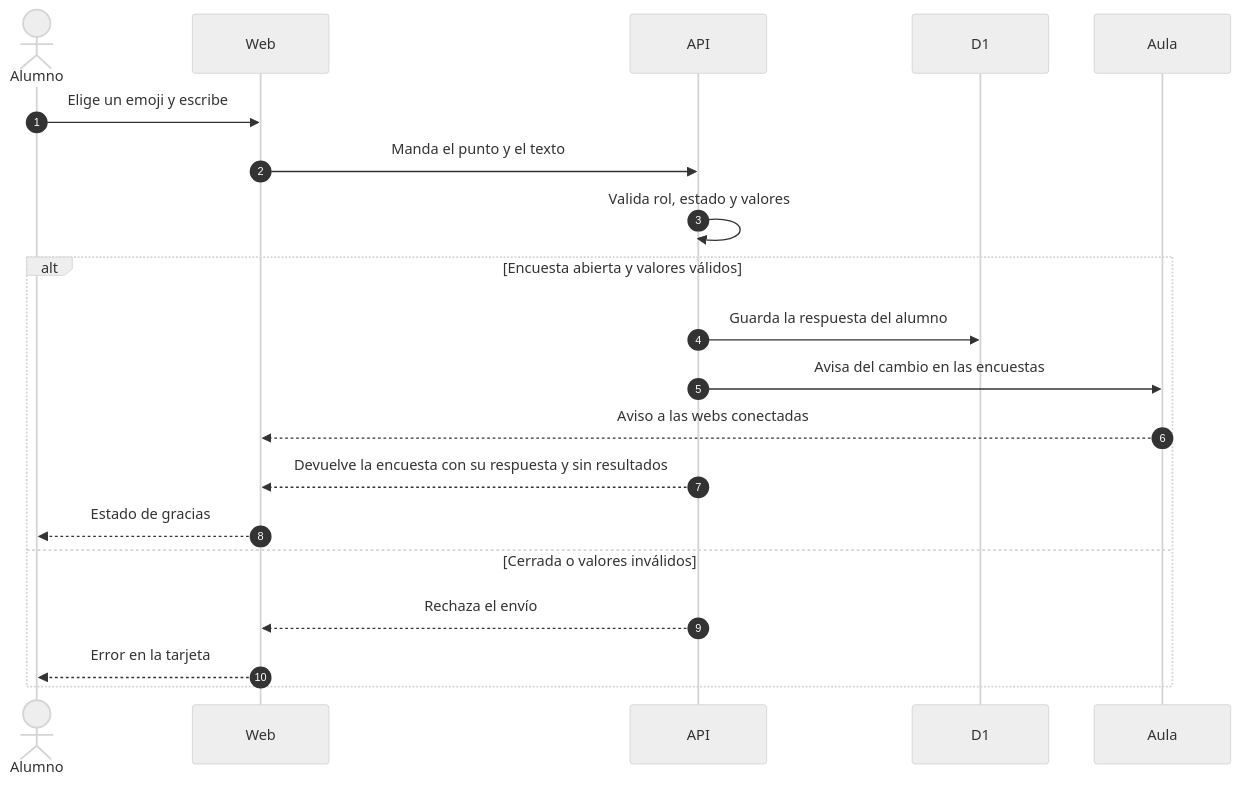
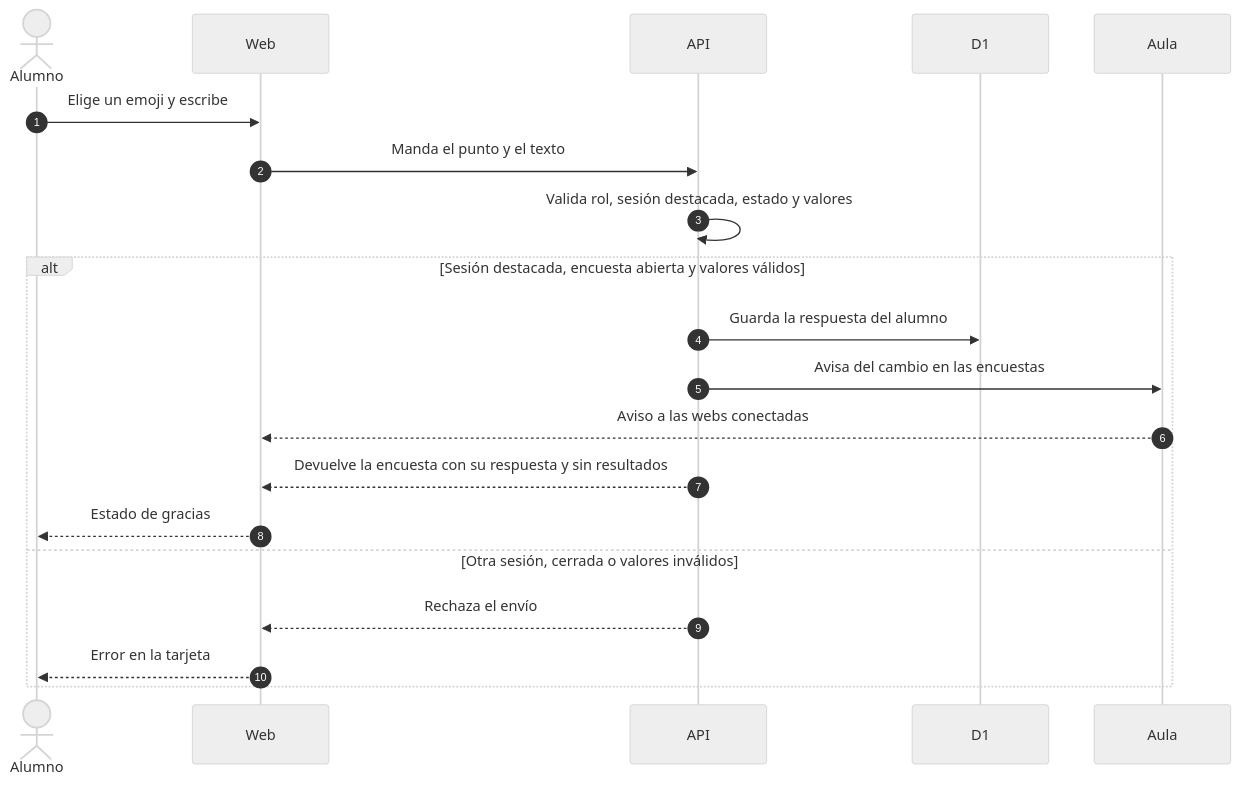
Before and after one commit to filadd/agentic-engineering-famaf-extension-course: the second of 5 diagrams in app/docs/architecture/feedback-de-sesion.md, drawn with Mermaid (neutral theme). The commit also changed other lines of this file and 12 other files, not shown here.

````diff
--- a/app/docs/architecture/feedback-de-sesion.md
+++ b/app/docs/architecture/feedback-de-sesion.md
@@ -50,23 +50,23 @@
 ```mermaid
 sequenceDiagram
     autonumber
     actor A as Alumno
     participant W as Web
     participant API as API
     participant DB as D1
     participant Au as Aula
 
     A->>W: Elige un emoji y escribe
     W->>API: Manda el punto y el texto
-    API->>API: Valida rol, estado y valores
-    alt Encuesta abierta y valores válidos
+    API->>API: Valida rol, sesión destacada, estado y valores
+    alt Sesión destacada, encuesta abierta y valores válidos
         API->>DB: Guarda la respuesta del alumno
         API->>Au: Avisa del cambio en las encuestas
         Au-->>W: Aviso a las webs conectadas
         API-->>W: Devuelve la encuesta con su respuesta y sin resultados
         W-->>A: Estado de gracias
-    else Cerrada o valores inválidos
+    else Otra sesión, cerrada o valores inválidos
         API-->>W: Rechaza el envío
         W-->>A: Error en la tarjeta
     end
 ```
````
